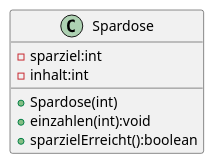
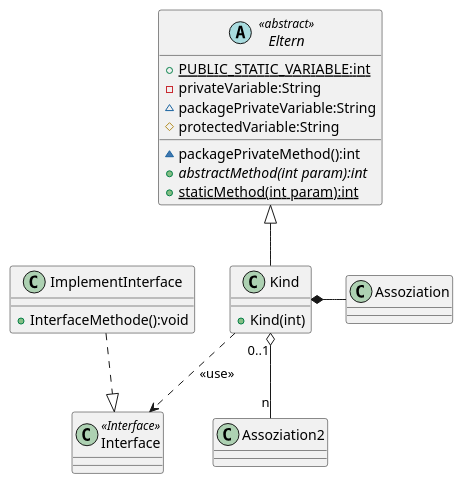
One commit to jtuttas/VSCodeExamples changed the diagram in UML/class.wsd. Above: the diagram before and after it, drawn with PlantUML. The commit also changed 8 other files, not shown here.

Commit message:
Mit UML Snippets

```diff
--- a/UML/class.wsd
+++ b/UML/class.wsd
@@ -1,10 +1,28 @@
 @startuml
-class Spardose {
-    - sparziel:int
-    - inhalt:int
-
-    + Spardose(int)
-    + einzahlen(int):void
-    + sparzielErreicht():boolean
-    }
+abstract class Eltern <<abstract>> {
++{static} PUBLIC_STATIC_VARIABLE:int
+- privateVariable:String
+~ packagePrivateVariable:String
+# protectedVariable:String
+~packagePrivateMethod():int
++{abstract} abstractMethod(int param):int
++{static} staticMethod(int param):int
+}
+class Kind {
++ Kind(int)
+}
+class Assoziation {
+}
+class Assoziation2 {
+}
+class ImplementInterface {
++ InterfaceMethode():void
+}
+class Interface <<Interface>> {
+}
+Eltern <|-- Kind
+Kind "0..1" o-- "n" Assoziation2
+Kind *- Assoziation
+Kind .-> Interface: <<use>>
+ImplementInterface .-|> Interface
 @enduml
```
